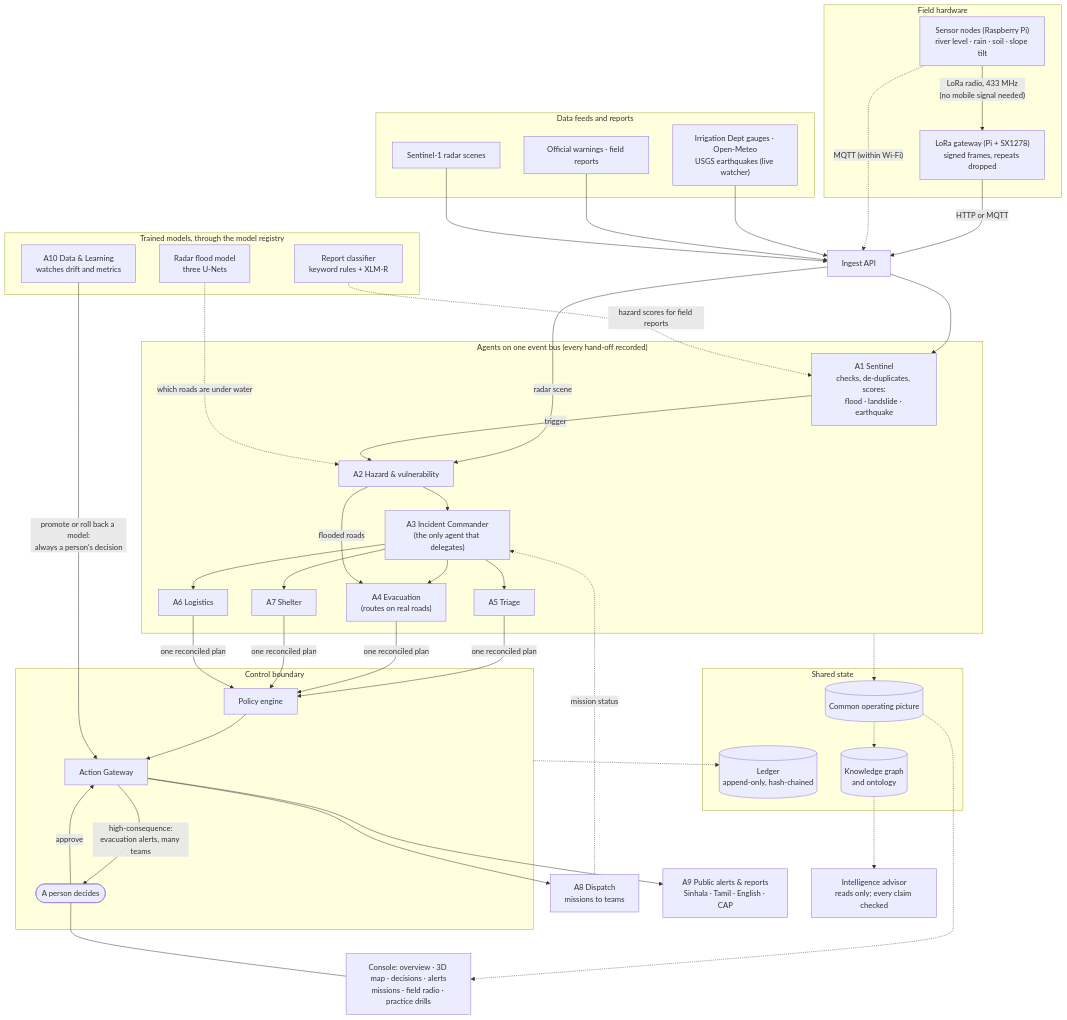
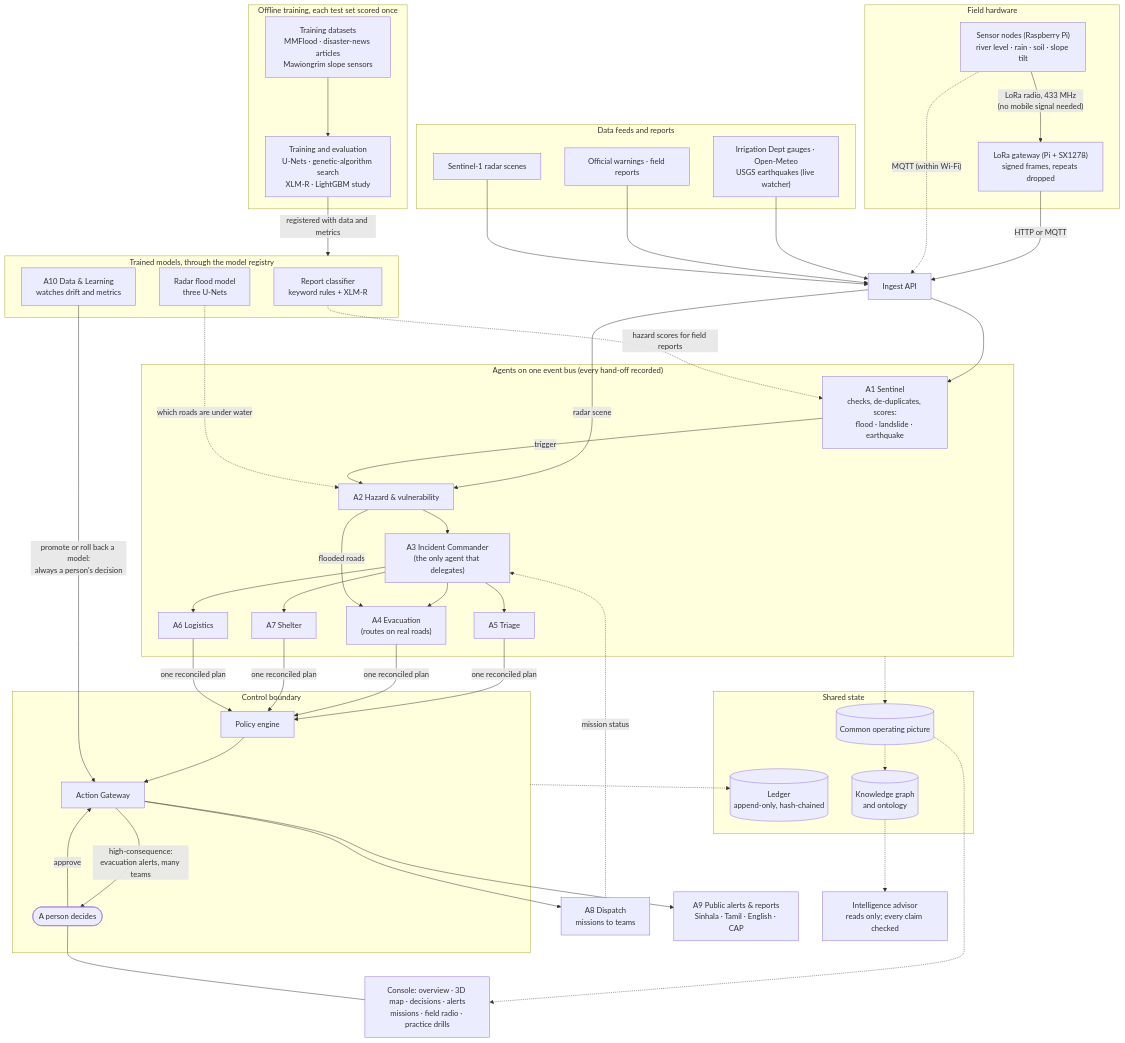
Before and after one commit to Wicky2002/modelx-claptac: the diagram in README.md, drawn with Mermaid. The commit also changed other lines of this file, not shown here.

Commit message:
Add datasets, models and evaluation to the README and its diagram

````diff
--- a/README.md
+++ b/README.md
@@ -147,66 +147,73 @@
 ```mermaid
 flowchart TB
   subgraph FIELD["Field hardware"]
     NODE["Sensor nodes (Raspberry Pi)<br/>river level · rain · soil · slope tilt"]
     GW["LoRa gateway (Pi + SX1278)<br/>signed frames, repeats dropped"]
     NODE -- "LoRa radio, 433 MHz<br/>(no mobile signal needed)" --> GW
   end
   subgraph FEEDS["Data feeds and reports"]
     REAL["Irrigation Dept gauges · Open-Meteo<br/>USGS earthquakes (live watcher)"]
     REP["Official warnings · field reports"]
     SAR["Sentinel-1 radar scenes"]
   end
   GW -- "HTTP or MQTT" --> INGEST
   NODE -. "MQTT (within Wi-Fi)" .-> INGEST
   REAL --> INGEST
   REP --> INGEST
   SAR --> INGEST
   INGEST["Ingest API"] --> A1
   INGEST -- "radar scene" --> A2
 
   subgraph AGENTS["Agents on one event bus (every hand-off recorded)"]
     A1["A1 Sentinel<br/>checks, de-duplicates, scores:<br/>flood · landslide · earthquake"]
     A2["A2 Hazard & vulnerability"]
     A3["A3 Incident Commander<br/>(the only agent that delegates)"]
     A5["A5 Triage"]
     A4["A4 Evacuation<br/>(routes on real roads)"]
     A7["A7 Shelter"]
     A6["A6 Logistics"]
     A1 -- trigger --> A2 --> A3
     A3 --> A5 & A4 & A7 & A6
     A2 -- "flooded roads" --> A4
   end
+
+  subgraph TRAIN["Offline training, each test set scored once"]
+    DS["Training datasets<br/>MMFlood · disaster-news articles<br/>Mawiongrim slope sensors"]
+    TR["Training and evaluation<br/>U-Nets · genetic-algorithm search<br/>XLM-R · LightGBM study"]
+    DS --> TR
+  end
+  TR -- "registered with data and metrics" --> LEARN
 
   subgraph LEARN["Trained models, through the model registry"]
     RC["Report classifier<br/>keyword rules + XLM-R"]
     RF["Radar flood model<br/>three U-Nets"]
     A10["A10 Data & Learning<br/>watches drift and metrics"]
   end
   RC -. "hazard scores for field reports" .-> A1
   RF -. "which roads are under water" .-> A2
 
   subgraph CB["Control boundary"]
     PE["Policy engine"] --> GWY["Action Gateway"]
     GWY -- "high-consequence:<br/>evacuation alerts, many teams" --> HUMAN(["A person decides"])
   end
   A5 & A4 & A7 & A6 -- "one reconciled plan" --> PE
   HUMAN -- approve --> GWY
   GWY --> A8["A8 Dispatch<br/>missions to teams"]
   GWY --> A9["A9 Public alerts & reports<br/>Sinhala · Tamil · English · CAP"]
   A10 -- "promote or roll back a model:<br/>always a person's decision" --> GWY
 
   subgraph MEMORY["Shared state"]
     LEDGER[("Ledger<br/>append-only, hash-chained")]
     COP[("Common operating picture")]
     KG[("Knowledge graph<br/>and ontology")]
   end
   AGENTS -.-> COP
   CB -.-> LEDGER
   COP -.-> KG
   KG -.-> ADV["Intelligence advisor<br/>reads only; every claim checked"]
   A8 -. "mission status" .-> A3
 
   CONSOLE["Console: overview · 3D map · decisions · alerts<br/>missions · field radio · practice drills"]
   COP -.-> CONSOLE
   HUMAN --- CONSOLE
 ```
````
